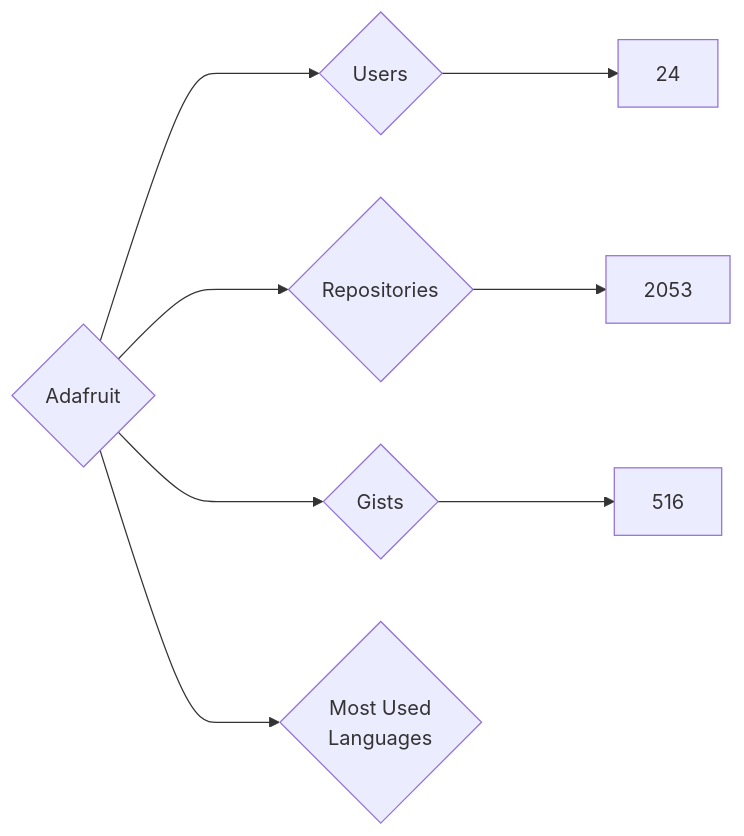
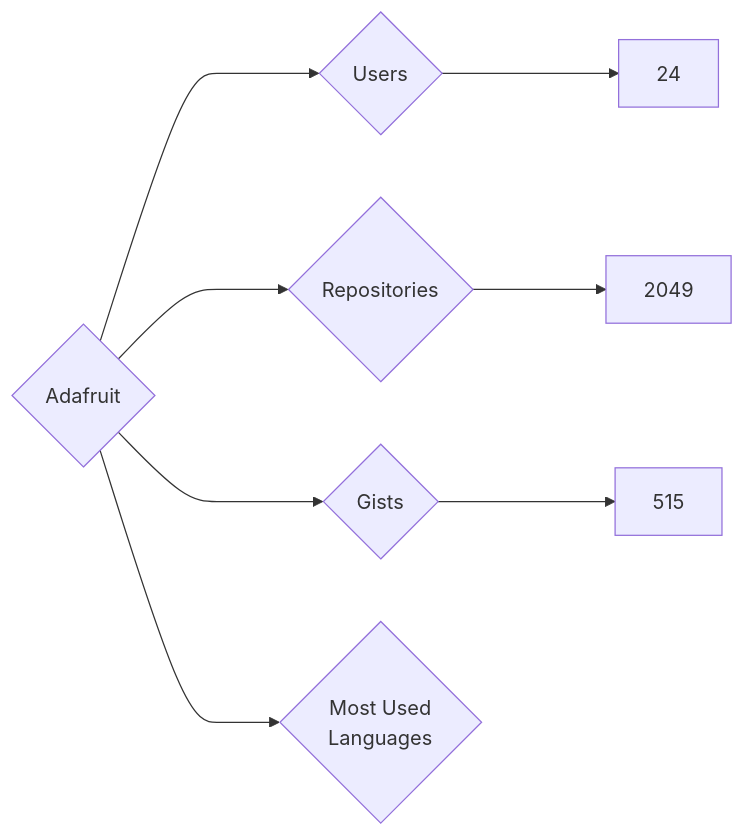
One commit to nenadzaric/insiders changed the diagram in targets/Adafruit/README.md. Above: the diagram before and after it, drawn with Mermaid. The commit also changed 21 other files, not shown here.

````diff
--- a/targets/Adafruit/README.md
+++ b/targets/Adafruit/README.md
@@ -3,8 +3,8 @@
 ```mermaid
 graph LR
 COMPANY_NAME{Adafruit}
 COMPANY_NAME ---> U{Users} ---> UN[24]
-COMPANY_NAME ---> R{Repositories} ---> RN[2053]
-COMPANY_NAME ---> G{Gists} ---> GN[516]
+COMPANY_NAME ---> R{Repositories} ---> RN[2049]
+COMPANY_NAME ---> G{Gists} ---> GN[515]
 COMPANY_NAME ---> ML{Most Used<br>Languages}
 ```
````
